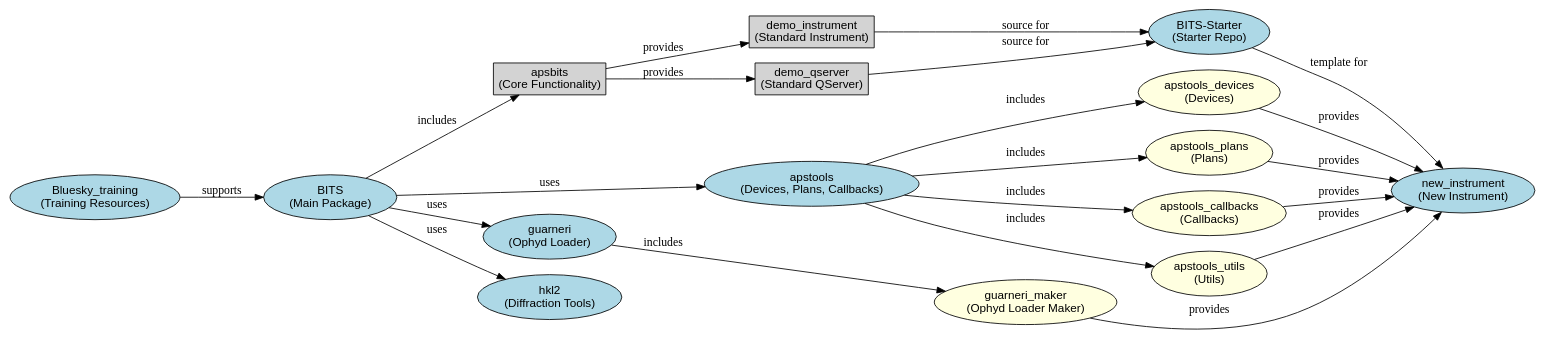
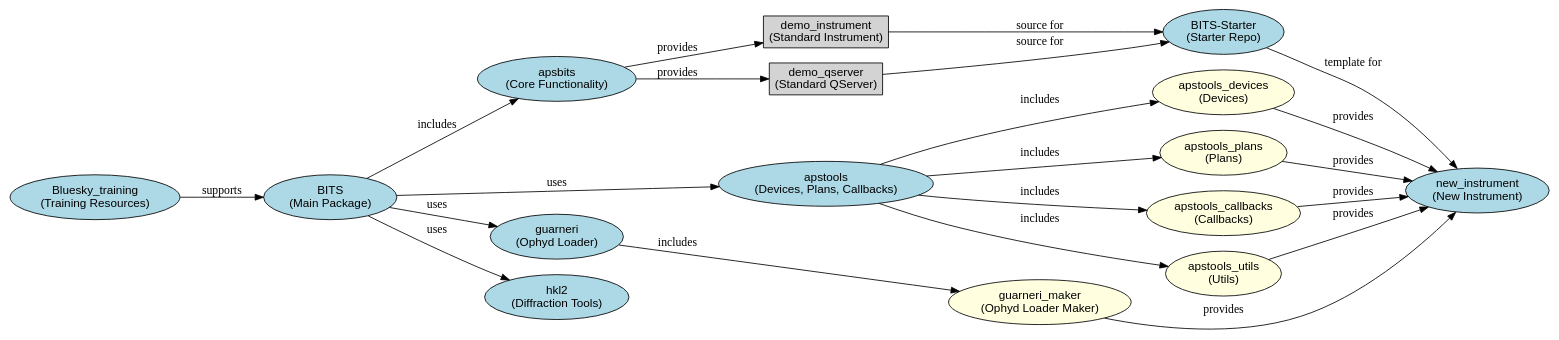
Before and after one commit to BCDA-APS/bs_model_instrument: the diagram in docs/source/bits_overview.rst, drawn with Graphviz.

Commit message:
better image

```diff
--- a/docs/source/bits_overview.rst
+++ b/docs/source/bits_overview.rst
@@ -11,47 +11,47 @@
 .. graphviz::
 
    digraph BITS_Ecosystem {
        rankdir=LR;
        node [shape=box style=filled fillcolor=lightgrey fontname="Arial"];
 
        BITS [label="BITS\n(Main Package)", shape=ellipse, fillcolor=lightblue];
        BITS_Starter [label="BITS-Starter\n(Starter Repo)", shape=ellipse, fillcolor=lightblue];
 
-       apsbits [label="apsbits\n(Core Functionality)"];
+       apsbits [label="apsbits\n(Core Functionality)", shape=ellipse, fillcolor=lightblue];
        demo_instr [label="demo_instrument\n(Standard Instrument)"];
        demo_qserver [label="demo_qserver\n(Standard QServer)"];
 
        apstools [label="apstools\n(Devices, Plans, Callbacks)", shape=ellipse, fillcolor=lightblue];
        apst_devices [label="apstools_devices\n(Devices)", shape=ellipse, fillcolor=lightyellow];
        apst_plans [label="apstools_plans\n(Plans)", shape=ellipse, fillcolor=lightyellow];
        apst_callbacks [label="apstools_callbacks\n(Callbacks)", shape=ellipse, fillcolor=lightyellow];
        apst_utils [label="apstools_utils\n(Utils)", shape=ellipse, fillcolor=lightyellow];
 
        guarneri [label="guarneri\n(Ophyd Loader)", shape=ellipse, fillcolor=lightblue];
        guarneri_maker [label="guarneri_maker\n(Ophyd Loader Maker)", shape=ellipse, fillcolor=lightyellow];
 
        hkl2 [label="hkl2\n(Diffraction Tools)", shape=ellipse, fillcolor=lightblue];
        training [label="Bluesky_training\n(Training Resources)", shape=ellipse, fillcolor=lightblue];
        new_instrument [label="new_instrument\n(New Instrument)", shape=ellipse, fillcolor=lightblue];
 
        BITS -> apsbits [label="includes"];
        apsbits -> demo_instr [label="provides"];
        demo_instr -> BITS_Starter [label="source for"];
        demo_qserver -> BITS_Starter [label="source for"];
        BITS_Starter -> new_instrument [label="template for"];
        apsbits -> demo_qserver [label="provides"];
        BITS -> apstools [label="uses"];
        apstools -> apst_devices [label="includes"];
        apstools -> apst_plans [label="includes"];
        apstools -> apst_callbacks [label="includes"];
        apstools -> apst_utils [label="includes"];
        apst_devices -> new_instrument [label="provides"];
        apst_plans -> new_instrument [label="provides"];
        apst_callbacks -> new_instrument [label="provides"];
        apst_utils -> new_instrument [label="provides"];
        BITS -> guarneri [label="uses"];
        guarneri -> guarneri_maker [label="includes"];
        guarneri_maker -> new_instrument [label="provides"];
        BITS -> hkl2 [label="uses"];
        training -> BITS [label="supports"];
    }
```
